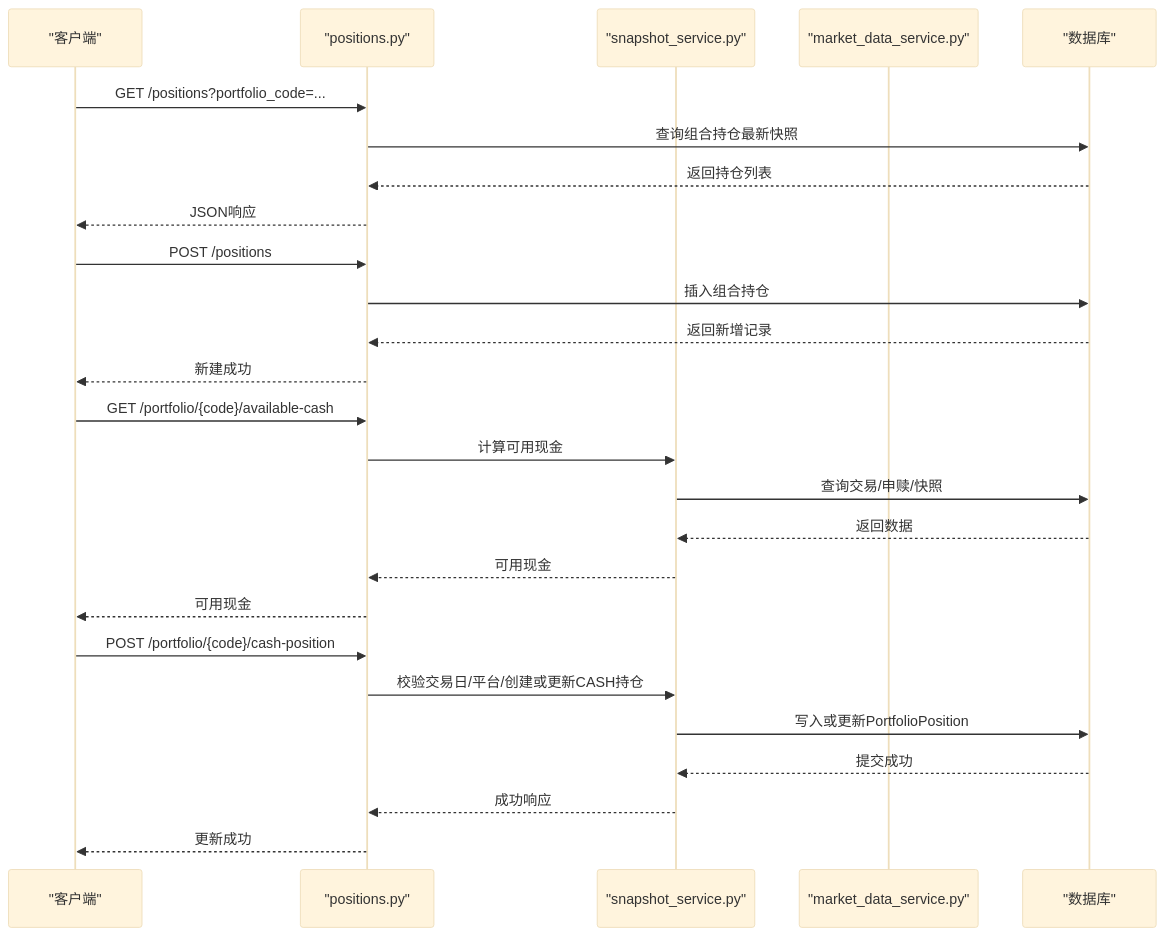
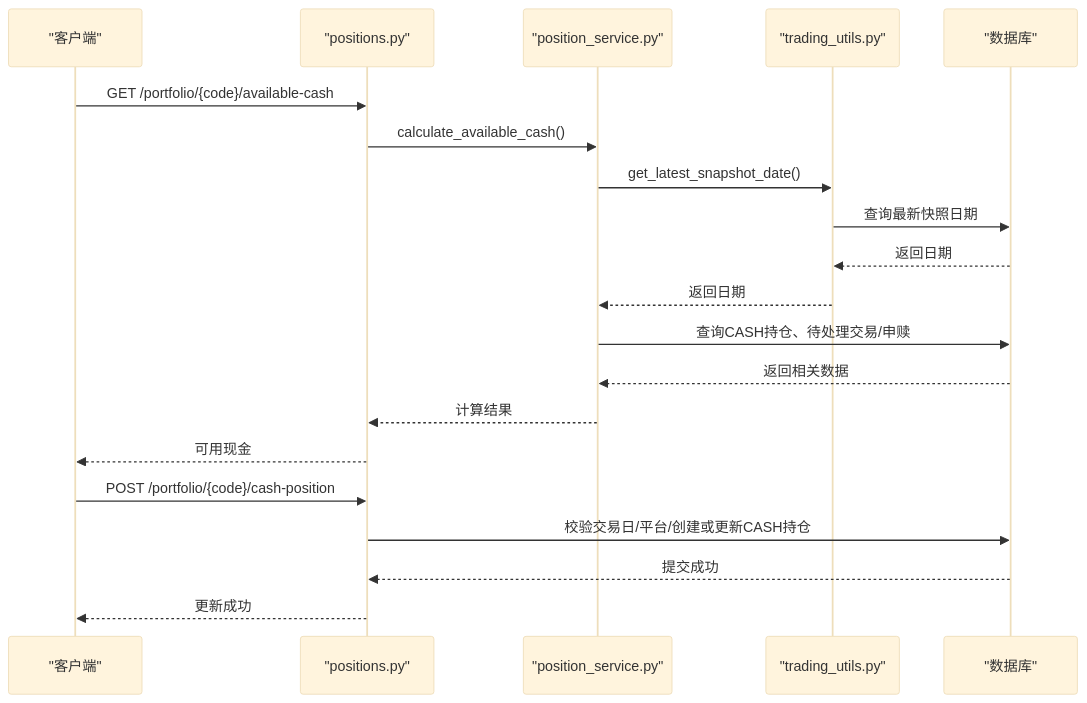
Before and after one commit to gujialind/InvestRing: the second of 8 diagrams in .qoder/repowiki/zh/content/核心业务功能/持仓管理.md, drawn with Mermaid (base theme). The commit also changed other lines of this file and 44 other files, not shown here.

````diff
--- a/.qoder/repowiki/zh/content/核心业务功能/持仓管理.md
+++ b/.qoder/repowiki/zh/content/核心业务功能/持仓管理.md
@@ -157,28 +168,22 @@
 ```mermaid
 sequenceDiagram
 participant Client as "客户端"
 participant Router as "positions.py"
-participant Service as "snapshot_service.py"
-participant MarketSvc as "market_data_service.py"
+participant Service as "position_service.py"
+participant TradingUtils as "trading_utils.py"
 participant DB as "数据库"
-Client->>Router : GET /positions?portfolio_code=...
-Router->>DB : 查询组合持仓最新快照
-DB-->>Router : 返回持仓列表
-Router-->>Client : JSON响应
-Client->>Router : POST /positions
-Router->>DB : 插入组合持仓
-DB-->>Router : 返回新增记录
-Router-->>Client : 新建成功
 Client->>Router : GET /portfolio/{code}/available-cash
-Router->>Service : 计算可用现金
-Service->>DB : 查询交易/申赎/快照
-DB-->>Service : 返回数据
-Service-->>Router : 可用现金
+Router->>Service : calculate_available_cash()
+Service->>TradingUtils : get_latest_snapshot_date()
+TradingUtils->>DB : 查询最新快照日期
+DB-->>TradingUtils : 返回日期
+TradingUtils-->>Service : 返回日期
+Service->>DB : 查询CASH持仓、待处理交易/申赎
+DB-->>Service : 返回相关数据
+Service-->>Router : 计算结果
 Router-->>Client : 可用现金
 Client->>Router : POST /portfolio/{code}/cash-position
-Router->>Service : 校验交易日/平台/创建或更新CASH持仓
-Service->>DB : 写入或更新PortfolioPosition
-DB-->>Service : 提交成功
-Service-->>Router : 成功响应
+Router->>DB : 校验交易日/平台/创建或更新CASH持仓
+DB-->>Router : 提交成功
 Router-->>Client : 更新成功
 ```
````
